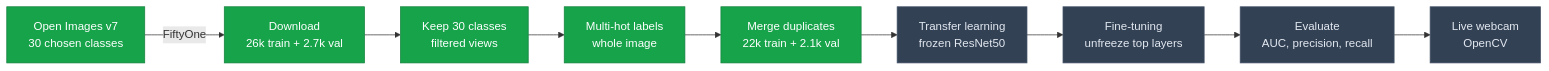
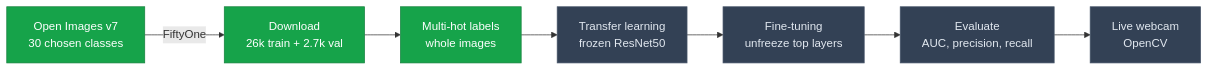
The diagram in README.md (python-is-life2022/image-classification-resnet-finetuning), drawn with Mermaid before and after one commit. The commit also changed other lines of this file, not shown here.

````diff
--- a/README.md
+++ b/README.md
@@ -37,17 +37,15 @@
 ```mermaid
 flowchart LR
     A["Open Images v7<br/>30 chosen classes"] -->|FiftyOne| B["Download<br/>26k train + 2.7k val"]
-    B --> C["Keep 30 classes<br/>filtered views"]
-    C --> D["Multi-hot labels<br/>whole image"]
-    D --> E["Merge duplicates<br/>22k train + 2.1k val"]
-    E --> F["Transfer learning<br/>frozen ResNet50"]
-    F --> G["Fine-tuning<br/>unfreeze top layers"]
-    G --> H["Evaluate<br/>AUC, precision, recall"]
-    H --> I["Live webcam<br/>OpenCV"]
+    B --> C["Multi-hot labels<br/>whole images"]
+    C --> D["Transfer learning<br/>frozen ResNet50"]
+    D --> E["Fine-tuning<br/>unfreeze top layers"]
+    E --> F["Evaluate<br/>AUC, precision, recall"]
+    F --> G["Live webcam<br/>OpenCV"]
 
     classDef done fill:#16a34a,stroke:#15803d,color:#fff;
     classDef wip fill:#f59e0b,stroke:#b45309,color:#fff;
     classDef todo fill:#334155,stroke:#475569,color:#e2e8f0;
-    class A,B,C,D,E done;
-    class F,G,H,I todo;
+    class A,B,C done;
+    class D,E,F,G todo;
 ```
````
